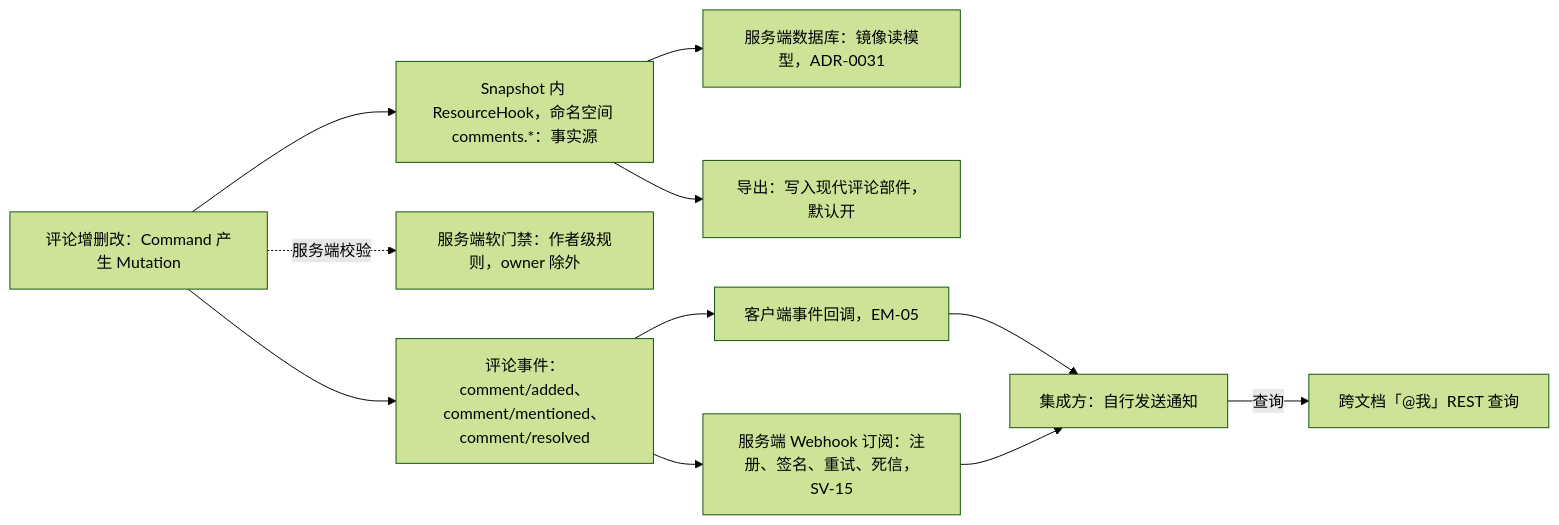
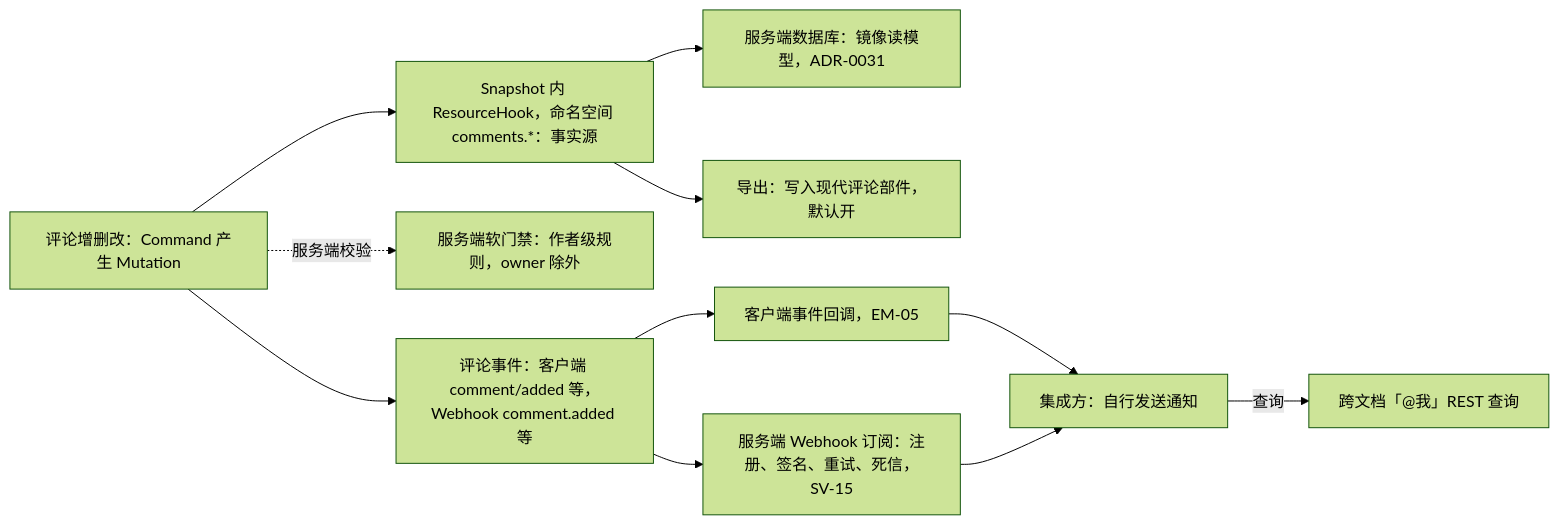
Before and after one commit to Xeonice/cordis-ppt-editor: the second of 10 diagrams in docs/10-prd/03-features/03-collaboration.md, drawn with Mermaid (forest theme). The commit also changed other lines of this file and 19 other files, not shown here.

````diff
--- a/docs/10-prd/03-features/03-collaboration.md
+++ b/docs/10-prd/03-features/03-collaboration.md
@@ -120,21 +125,21 @@
 ```mermaid
 flowchart LR
   cmd["评论增删改：Command 产生 Mutation"]
   snap["Snapshot 内 ResourceHook，命名空间 comments.*：事实源"]
   gate["服务端软门禁：作者级规则，owner 除外"]
   mirror["服务端数据库：镜像读模型，ADR-0031"]
   pptx["导出：写入现代评论部件，默认开"]
-  ev["评论事件：comment/added、comment/mentioned、comment/resolved"]
+  ev["评论事件：客户端 comment/added 等，Webhook comment.added 等"]
   cb["客户端事件回调，EM-05"]
   wh["服务端 Webhook 订阅：注册、签名、重试、死信，SV-15"]
   me["跨文档「@我」REST 查询"]
   integ["集成方：自行发送通知"]
   cmd --> snap
   cmd -.->|"服务端校验"| gate
   snap --> mirror
   snap --> pptx
   cmd --> ev
   ev --> cb --> integ
   ev --> wh --> integ
   integ -->|"查询"| me
 ```
````
